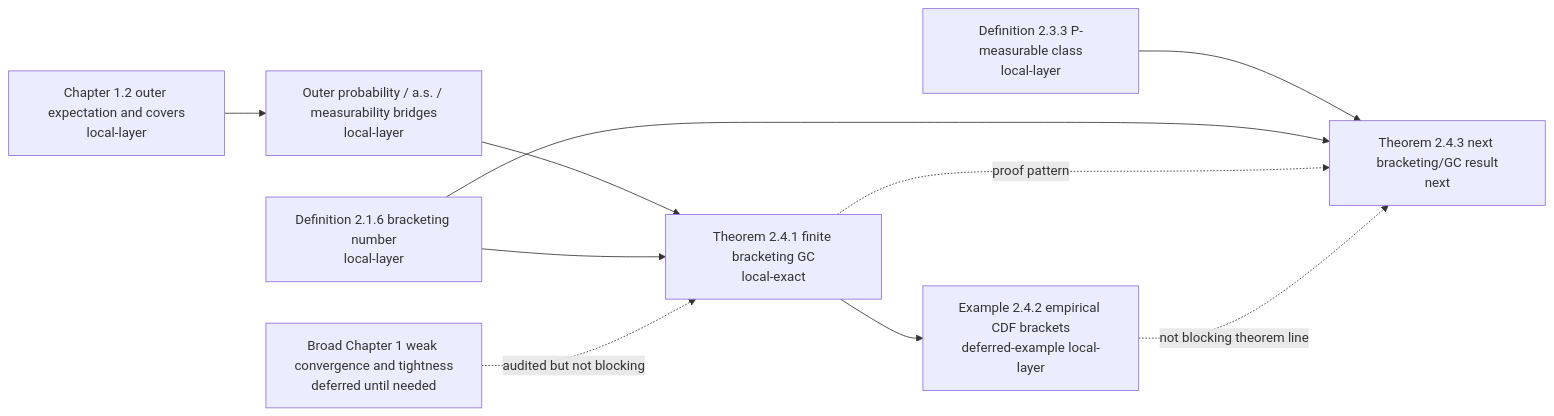
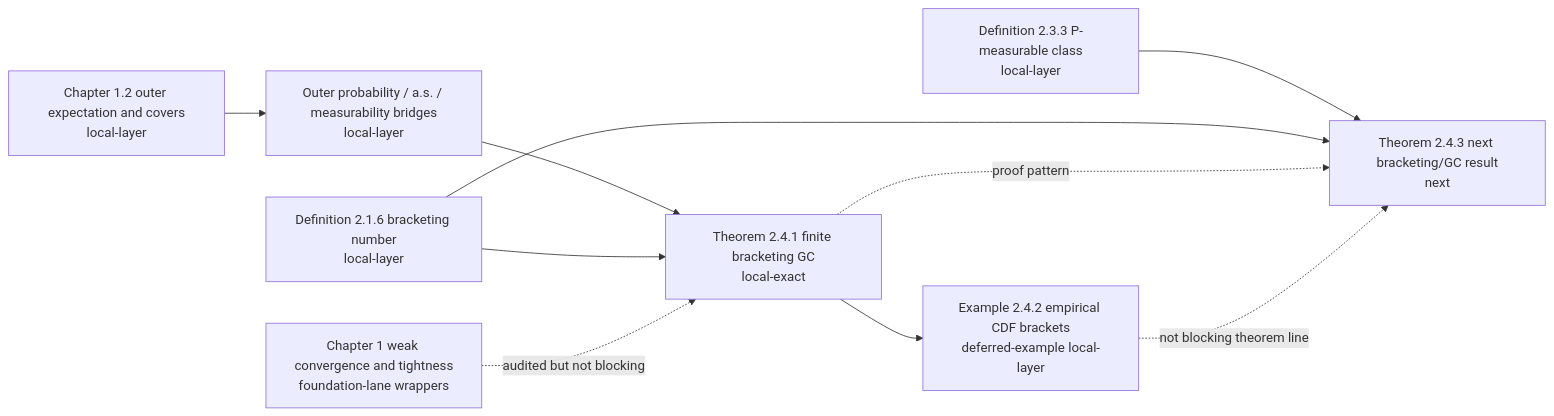
One commit to ykzeng-yale/EmpericalProcessLEAN changed the diagram in docs/vdvw_chapter1_2_progress_dashboard.md. Above: the diagram before and after it, drawn with Mermaid. The commit also changed other lines of this file and 7 other files, not shown here.

Commit message:
Add Chapter 1 weak convergence foundation wrappers

````diff
--- a/docs/vdvw_chapter1_2_progress_dashboard.md
+++ b/docs/vdvw_chapter1_2_progress_dashboard.md
@@ -63,21 +69,21 @@
 ```mermaid
 flowchart LR
   C12["Chapter 1.2 outer expectation and covers<br/>local-layer"]
   OP["Outer probability / a.s. / measurability bridges<br/>local-layer"]
   PM["Definition 2.3.3 P-measurable class<br/>local-layer"]
   BR["Definition 2.1.6 bracketing number<br/>local-layer"]
   T241["Theorem 2.4.1 finite bracketing GC<br/>local-exact"]
   E242["Example 2.4.2 empirical CDF brackets<br/>deferred-example local-layer"]
   T243["Theorem 2.4.3 next bracketing/GC result<br/>next"]
-  GCH1["Broad Chapter 1 weak convergence and tightness<br/>deferred until needed"]
+  GCH1["Chapter 1 weak convergence and tightness<br/>foundation-lane wrappers"]
 
   C12 --> OP
   OP --> T241
   PM --> T243
   BR --> T241
   BR --> T243
   T241 -. proof pattern .-> T243
   T241 --> E242
   E242 -. not blocking theorem line .-> T243
   GCH1 -. audited but not blocking .-> T241
 ```
````
